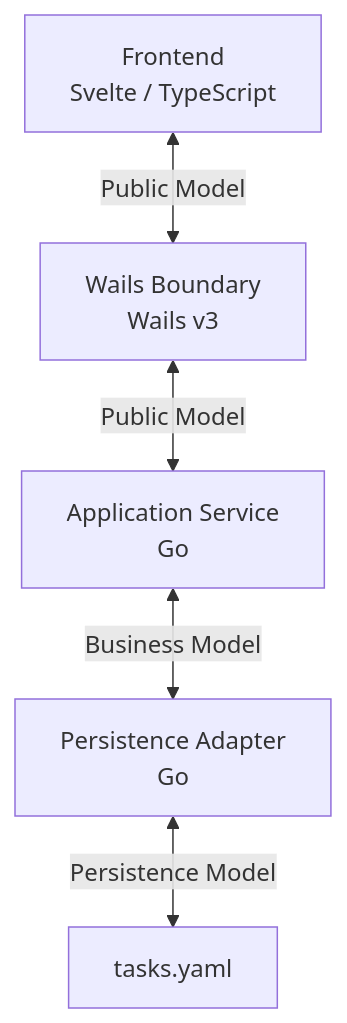
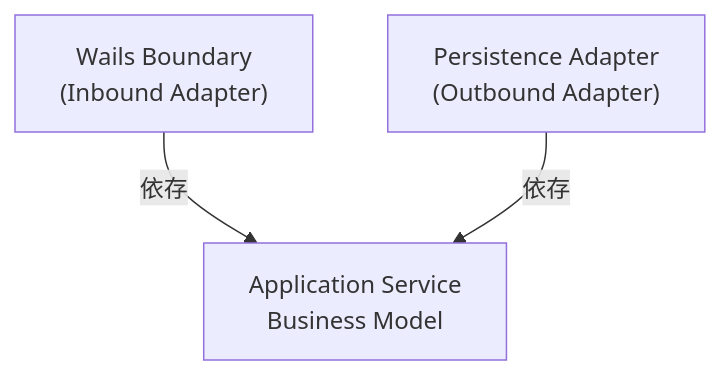
The first of 2 diagrams in docs/prototype/phase-5-windows-application.md (teru-0529/project-ariadne-prototype), drawn with Mermaid before and after one commit. The commit also changed other lines of this file, not shown here.

````diff
--- a/docs/prototype/phase-5-windows-application.md
+++ b/docs/prototype/phase-5-windows-application.md
@@ -69,13 +305,8 @@
 ```mermaid
-flowchart TD
-    FE["Frontend<br/>Svelte / TypeScript"]
-    WB["Wails Boundary<br/>Wails v3"]
-    AS["Application Service<br/>Go"]
-    FA["Persistence Adapter<br/>Go"]
-    YAML["tasks.yaml"]
-
-    FE <-->|Public Model| WB
-    WB <-->|Public Model| AS
-    AS <-->|Business Model| FA
-    FA <-->|Persistence Model| YAML
+flowchart TB
+    S["Application Service<br/>Business Model"]
+    W["Wails Boundary<br/>(Inbound Adapter)"]
+    P["Persistence Adapter<br/>(Outbound Adapter)"]
+    W -->|依存| S
+    P -->|依存| S
 ```
````
